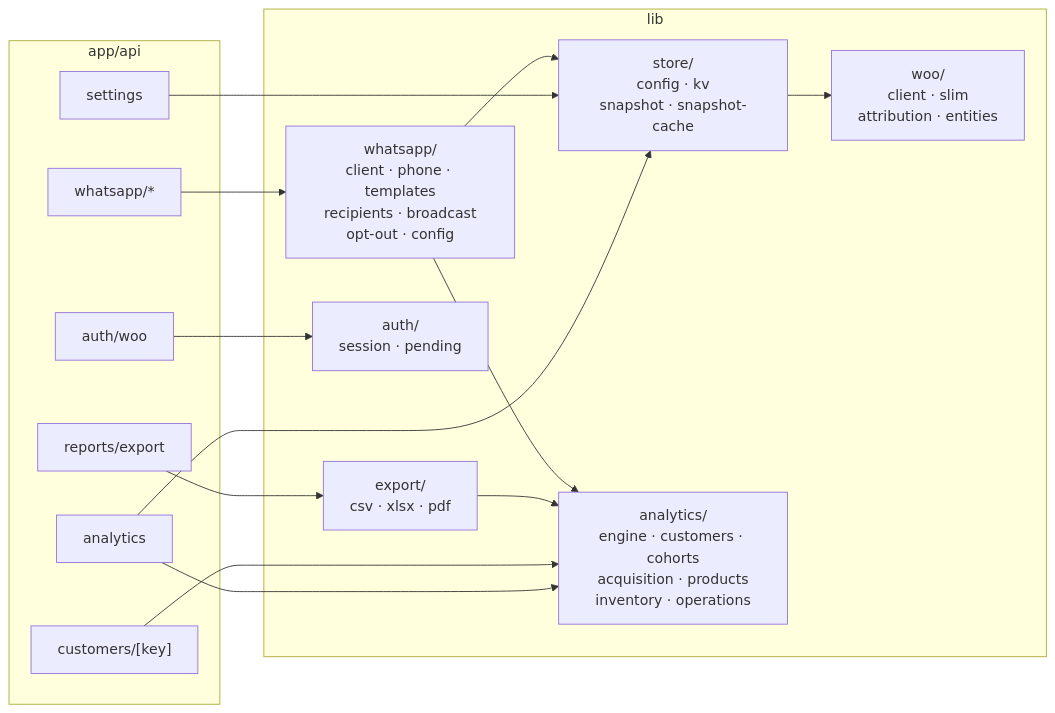
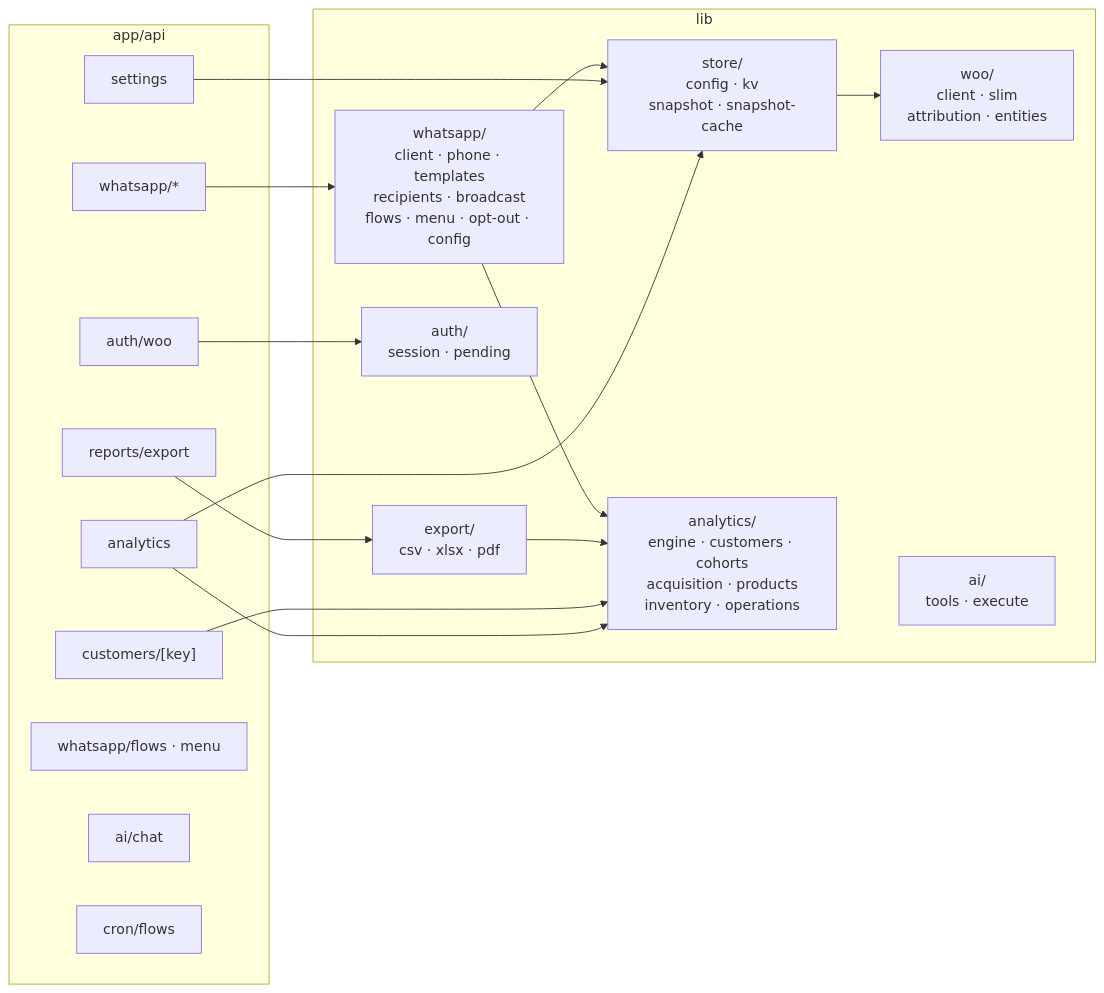
Before and after one commit to Setups-Works/PulseCommerce: the second of 11 diagrams in README.md, drawn with Mermaid. The commit also changed other lines of this file, not shown here.

First line of the commit message:
Rewrite the architecture and pipelines around what now exists

````diff
--- a/README.md
+++ b/README.md
@@ -582,29 +596,33 @@
 ```mermaid
 graph LR
     subgraph routes["app/api"]
         R1["analytics"]
         R2["customers/[key]"]
         R3["reports/export"]
         R4["auth/woo"]
         R5["settings"]
         R6["whatsapp/*"]
+        R7["whatsapp/flows · menu"]
+        R8["ai/chat"]
+        R9["cron/flows"]
     end
 
     subgraph libs["lib"]
         W["woo/<br/>client · slim<br/>attribution · entities"]
         S["store/<br/>config · kv<br/>snapshot · snapshot-cache"]
         A["analytics/<br/>engine · customers · cohorts<br/>acquisition · products<br/>inventory · operations"]
-        M["whatsapp/<br/>client · phone · templates<br/>recipients · broadcast<br/>opt-out · config"]
+        M["whatsapp/<br/>client · phone · templates<br/>recipients · broadcast<br/>flows · menu · opt-out · config"]
+        AI["ai/<br/>tools · execute"]
         E["export/<br/>csv · xlsx · pdf"]
         AU["auth/<br/>session · pending"]
     end
 
     R1 --> S --> W
     R1 --> A
     R2 --> A
     R3 --> E --> A
     R4 --> AU
     R5 --> S
     R6 --> M --> S
     M --> A
 ```
````
